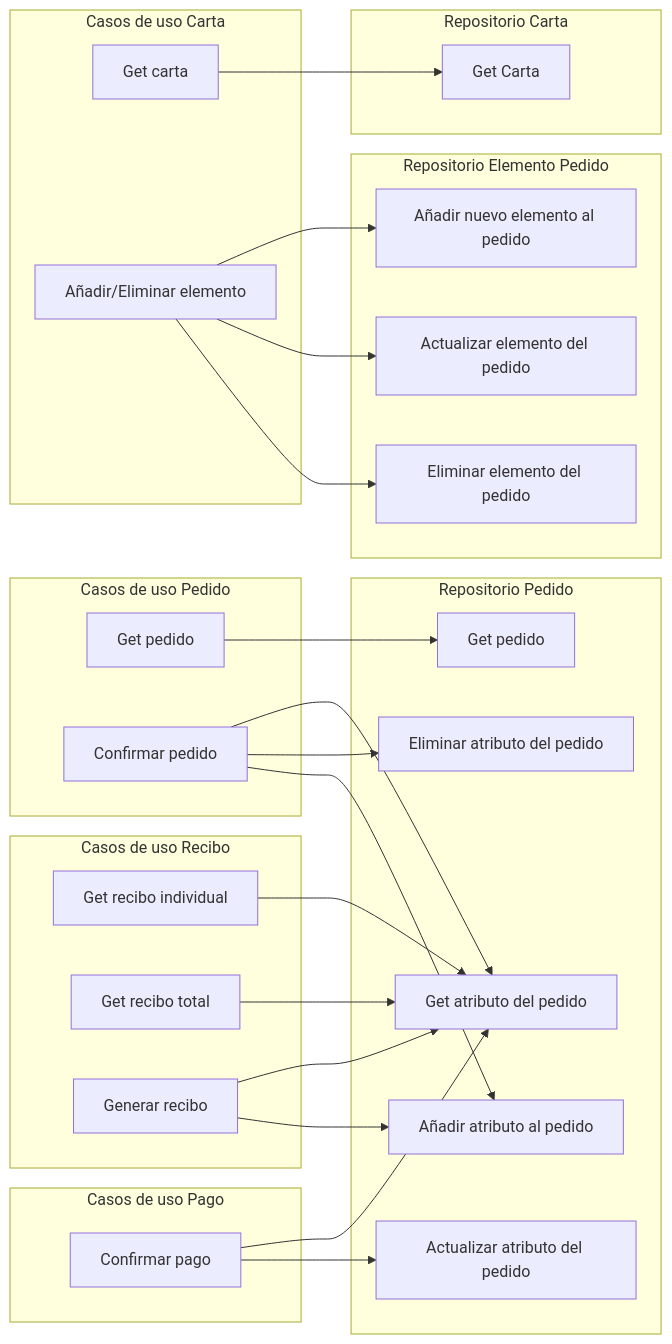
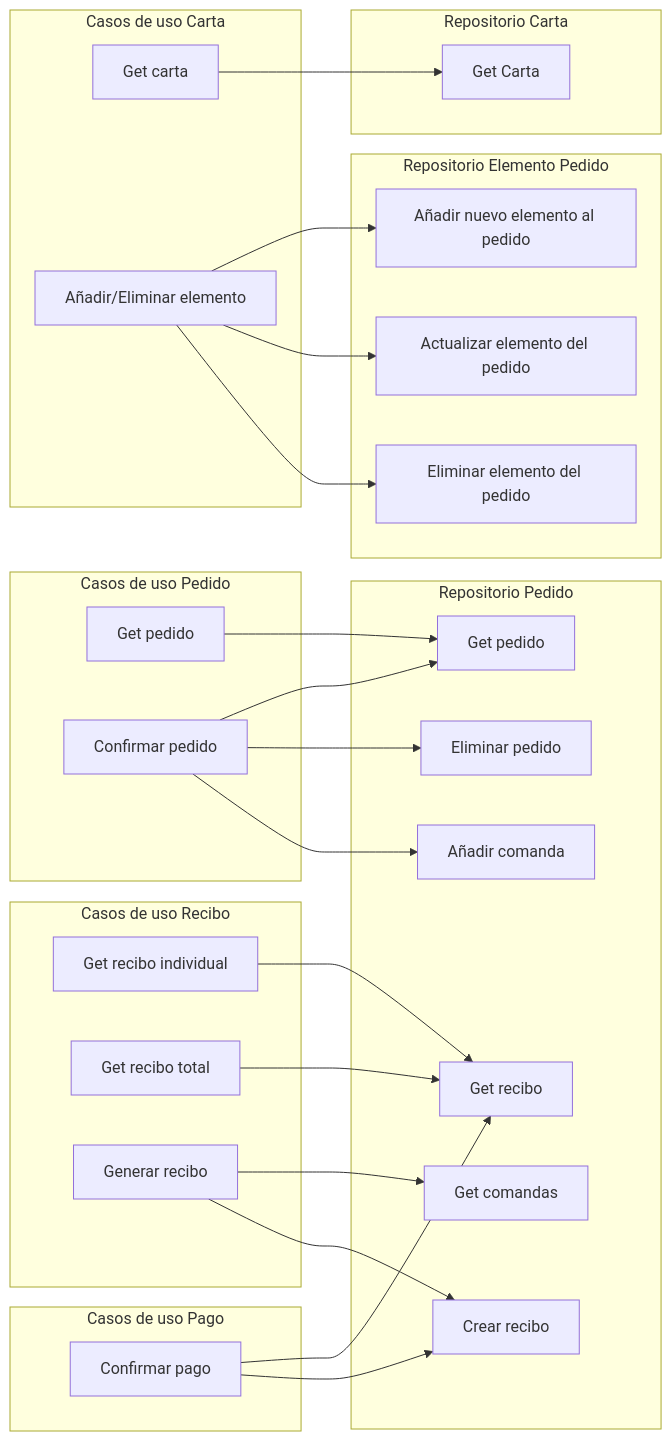
Before and after one commit to pabenito/QRest: diagram 12 of 16 in documentacion/requisitos/diagramas_de_flujo.md, drawn with Mermaid. The commit also changed other lines of this file and 1 other file, not shown here.

Commit message:
respositorio de pedido actualizado para que no sea solo un crud

````diff
--- a/documentacion/requisitos/diagramas_de_flujo.md
+++ b/documentacion/requisitos/diagramas_de_flujo.md
@@ -262,43 +262,44 @@
 ```mermaid
 flowchart LR
     subgraph casos_de_uso_carta[Casos de uso Carta]
         get_carta[Get carta]
         anadir_eliminar_elemento[Añadir/Eliminar elemento]
     end
     subgraph casos_de_uso_recibo[Casos de uso Recibo]
         get_recibo_individual[Get recibo individual]
         get_recibo_total[Get recibo total]
         generar_recibo[Generar recibo]
     end
     subgraph casos_de_uso_pedido[Casos de uso Pedido]
         get_pedido[Get pedido]
         confirmar_pedido[Confirmar pedido]
     end
     subgraph casos_de_uso_pago[Casos de uso Pago]
         confirmar_pago[Confirmar pago]
     end
     subgraph repositorio_carta[Repositorio Carta]
         _get_carta[Get Carta]
     end
     subgraph repositorio_pedido[Repositorio Pedido]
         _get_pedido[Get pedido]
-        get_atributo_pedido[Get atributo del pedido]
-        anadir_atributo_pedido[Añadir atributo al pedido]
-        eliminar_atributo_pedido[Eliminar atributo del pedido]
-        actualizar_atributo_pedido[Actualizar atributo del pedido]
+        get_comandas[Get comandas]
+        get_recibo[Get recibo]
+        anadir_comanda[Añadir comanda]
+        crear_recibo[Crear recibo]
+        eliminar_pedido[Eliminar pedido]
     end
     subgraph repositorio_elemento_pedido[Repositorio Elemento Pedido]
         _get_pedido[Get pedido]
         anadir_elemento_pedido[Añadir nuevo elemento al pedido]
         actualizar_elemento_pedido[Actualizar elemento del pedido]
         eliminar_elemento_pedido[Eliminar elemento del pedido]
     end
     get_carta --> _get_carta
     anadir_eliminar_elemento --> anadir_elemento_pedido & actualizar_elemento_pedido & eliminar_elemento_pedido
     get_pedido --> _get_pedido
-    confirmar_pedido --> get_atributo_pedido & eliminar_atributo_pedido & anadir_atributo_pedido
-    get_recibo_total --> get_atributo_pedido
-    get_recibo_individual --> get_atributo_pedido
-    generar_recibo --> get_atributo_pedido & anadir_atributo_pedido
-    confirmar_pago --> get_atributo_pedido & actualizar_atributo_pedido
+    confirmar_pedido --> _get_pedido & eliminar_pedido & anadir_comanda
+    get_recibo_total --> get_recibo
+    get_recibo_individual --> get_recibo
+    generar_recibo --> get_comandas & crear_recibo
+    confirmar_pago --> get_recibo & crear_recibo
 ```
````
